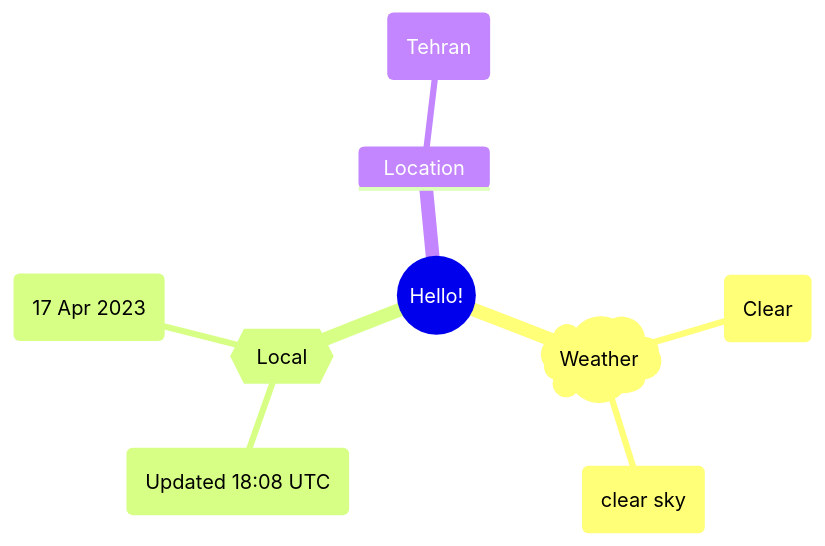
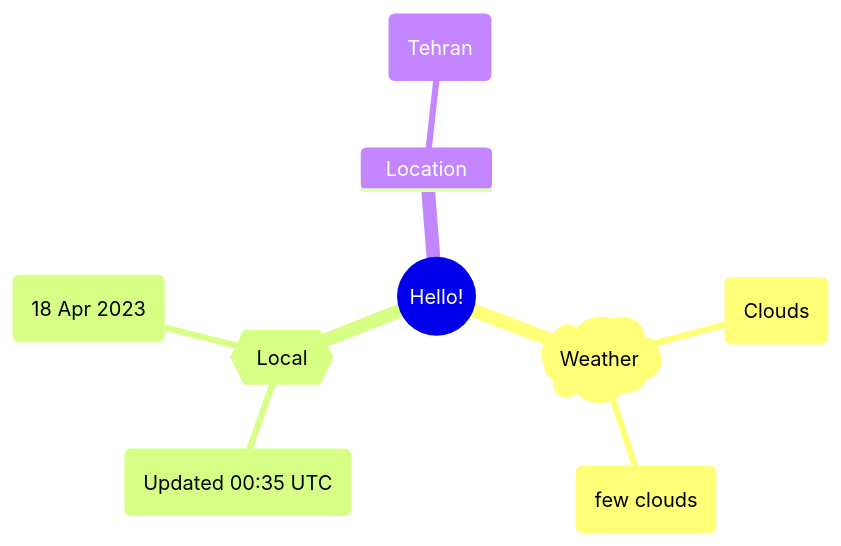
One commit to Xosrov/Xosrov changed the first of 2 diagrams in README.md. Above: the diagram before and after it, drawn with Mermaid.

Commit message:
[bot] updated images

````diff
--- a/README.md
+++ b/README.md
@@ -3,12 +3,12 @@
 ```mermaid
 mindmap
   root((Hello!))
     )Weather(
-        (Clear)
-        (clear sky)
+        (Clouds)
+        (few clouds)
     {{Local}}
-        (Updated 18:08 UTC)
-        (17 Apr 2023)
+        (Updated 00:35 UTC)
+        (18 Apr 2023)
     Location
         (Tehran)
 ```
````
